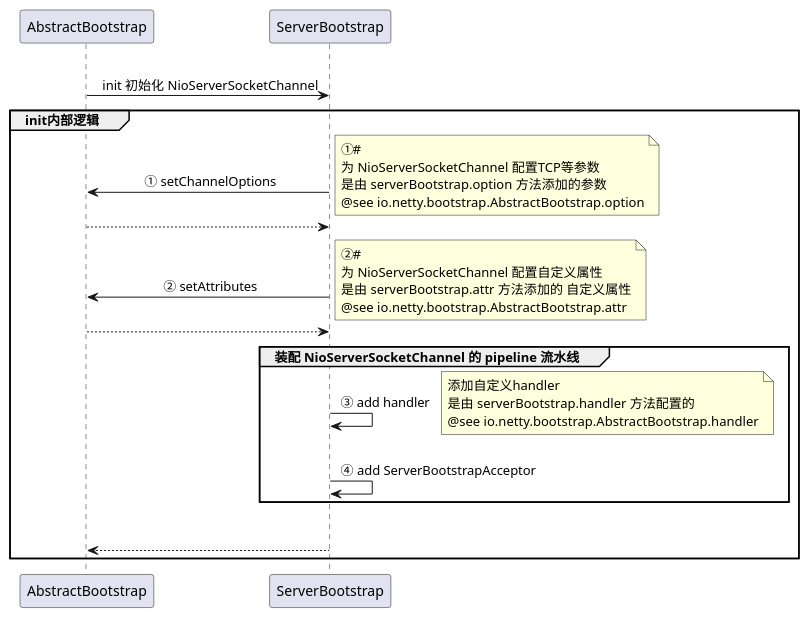
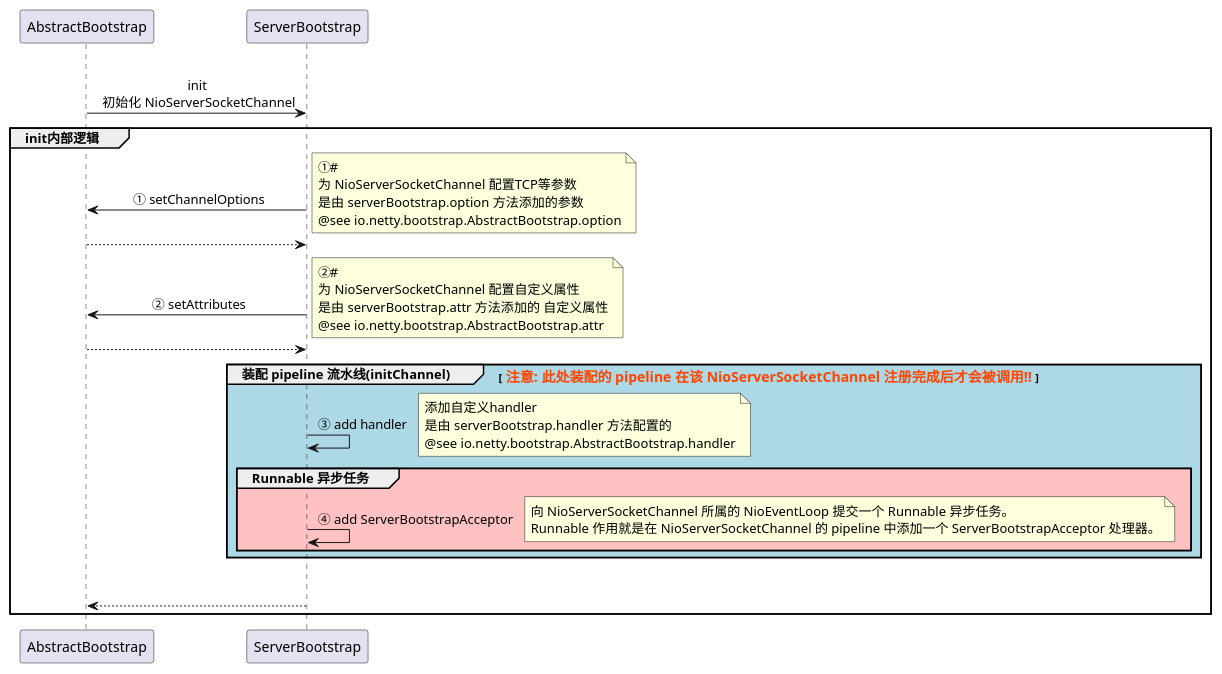
The diagram in puml/1_1_1-ServerBootstrap#initAndRegister#init.puml (Simba-cheng/netty), drawn with PlantUML before and after one commit.

Commit message:
refactor(code): 源码添加注释、流程图、类图

```diff
--- a/puml/1_1_1-ServerBootstrap#initAndRegister#init.puml
+++ b/puml/1_1_1-ServerBootstrap#initAndRegister#init.puml
@@ -1,42 +1,47 @@
 @startuml
 
 '箭头上的文字居中
 skinparam sequenceMessageAlign center
 
-AbstractBootstrap -> ServerBootstrap: \n init 初始化 NioServerSocketChannel
+AbstractBootstrap -> ServerBootstrap: \n init \n 初始化 NioServerSocketChannel
 
 group init内部逻辑
 
     ServerBootstrap -> AbstractBootstrap: \n ① setChannelOptions
         note right
             ①#
             为 NioServerSocketChannel 配置TCP等参数
             是由 serverBootstrap.option 方法添加的参数
             @see io.netty.bootstrap.AbstractBootstrap.option
         end note
     AbstractBootstrap --> ServerBootstrap
 
     ServerBootstrap -> AbstractBootstrap: \n ② setAttributes
         note right
             ②#
             为 NioServerSocketChannel 配置自定义属性
             是由 serverBootstrap.attr 方法添加的 自定义属性
             @see io.netty.bootstrap.AbstractBootstrap.attr
         end note
     AbstractBootstrap --> ServerBootstrap
 
-    group 装配 NioServerSocketChannel 的 pipeline 流水线
+    group #ADD8E6 装配 pipeline 流水线(initChannel) [<color:#FF4500><size:14> 注意: 此处装配的 pipeline 在该 NioServerSocketChannel 注册完成后才会被调用!! </size></color>]
         ServerBootstrap -> ServerBootstrap: \n ③ add handler
             note right
                 添加自定义handler
                 是由 serverBootstrap.handler 方法配置的
                 @see io.netty.bootstrap.AbstractBootstrap.handler
             end note
-        ServerBootstrap -> ServerBootstrap: \n ④ add ServerBootstrapAcceptor
+
+        group #FFC1C1 Runnable 异步任务
+            ServerBootstrap -> ServerBootstrap: \n ④ add ServerBootstrapAcceptor
+                note right
+                    向 NioServerSocketChannel 所属的 NioEventLoop 提交一个 Runnable 异步任务。
+                    Runnable 作用就是在 NioServerSocketChannel 的 pipeline 中添加一个 ServerBootstrapAcceptor 处理器。
+                end note
+        end
     end
-
     ServerBootstrap --> AbstractBootstrap: \n
-
 end
 
 @enduml
```
